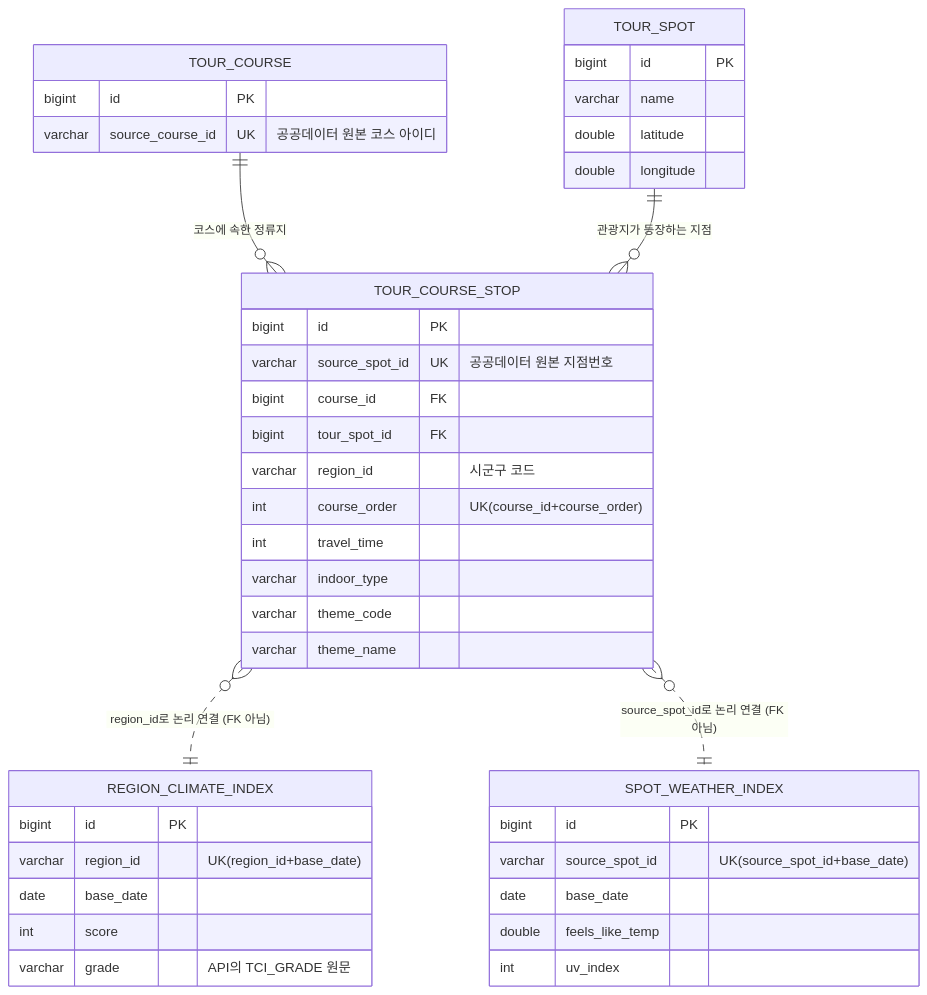
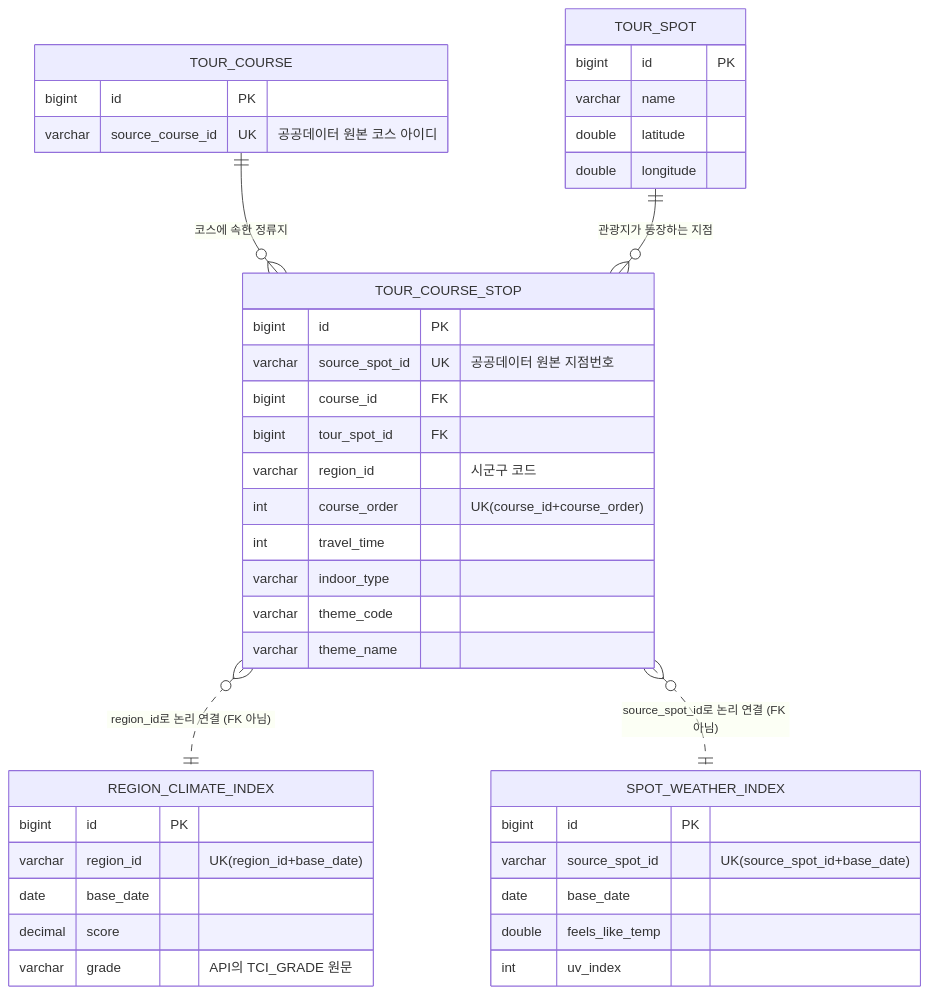
Before and after one commit to Pdar124/TripCast-was: the diagram in docs/db-table-spec.md, drawn with Mermaid. The commit also changed other lines of this file and 9 other files, not shown here.

````diff
--- a/docs/db-table-spec.md
+++ b/docs/db-table-spec.md
@@ -8,48 +8,48 @@
 ```mermaid
 erDiagram
     TOUR_COURSE ||--o{ TOUR_COURSE_STOP : "코스에 속한 정류지"
     TOUR_SPOT ||--o{ TOUR_COURSE_STOP : "관광지가 등장하는 지점"
     TOUR_COURSE_STOP }o..|| REGION_CLIMATE_INDEX : "region_id로 논리 연결 (FK 아님)"
     TOUR_COURSE_STOP }o..|| SPOT_WEATHER_INDEX : "source_spot_id로 논리 연결 (FK 아님)"
 
     TOUR_SPOT {
         bigint id PK
         varchar name
         double latitude
         double longitude
     }
 
     TOUR_COURSE {
         bigint id PK
         varchar source_course_id UK "공공데이터 원본 코스 아이디"
     }
 
     TOUR_COURSE_STOP {
         bigint id PK
         varchar source_spot_id UK "공공데이터 원본 지점번호"
         bigint course_id FK
         bigint tour_spot_id FK
         varchar region_id "시군구 코드"
         int course_order "UK(course_id+course_order)"
         int travel_time
         varchar indoor_type
         varchar theme_code
         varchar theme_name
     }
 
     REGION_CLIMATE_INDEX {
         bigint id PK
         varchar region_id "UK(region_id+base_date)"
         date base_date
-        int score
+        decimal score
         varchar grade "API의 TCI_GRADE 원문"
     }
 
     SPOT_WEATHER_INDEX {
         bigint id PK
         varchar source_spot_id "UK(source_spot_id+base_date)"
         date base_date
         double feels_like_temp
         int uv_index
     }
 ```
````
